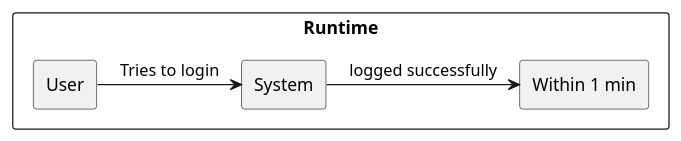
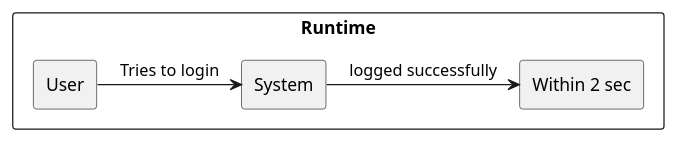
One commit to USI-MSDE-SA-2022/software-architecture-model-tmshts changed the seventh of 12 diagrams in src/sa/model/index.md. Above: the diagram before and after it, drawn with PlantUML.

Commit message:
exercise 2 completed, please check

````diff
--- a/src/sa/model/index.md
+++ b/src/sa/model/index.md
@@ -400,20 +400,20 @@
 ```puml
 @startuml
 
 skinparam componentStyle rectangle
 skinparam monochrome true
 skinparam shadowing false
 
 rectangle "Runtime" {
 
 rectangle "User" as Source
-rectangle "Within 1 min" as Measure
+rectangle "Within 2 sec" as Measure
 
 Source -> [System] : "Tries to login"
 
 [System] -> [Measure] : "logged successfully"
 
 }
 
 @enduml
 ```
````
